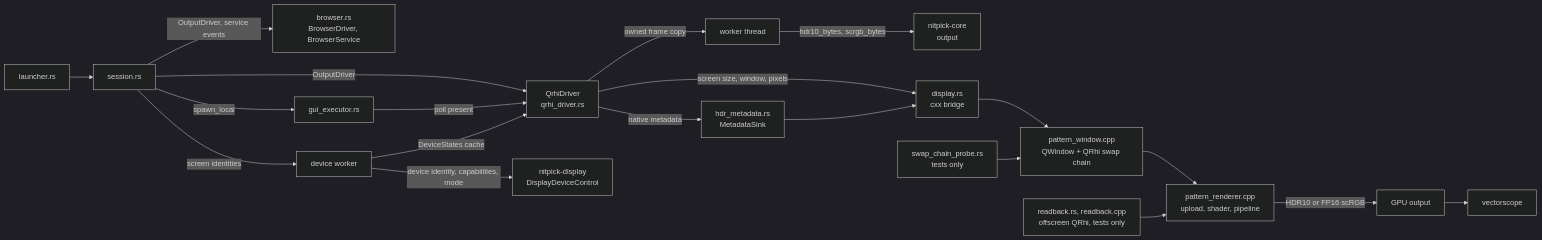
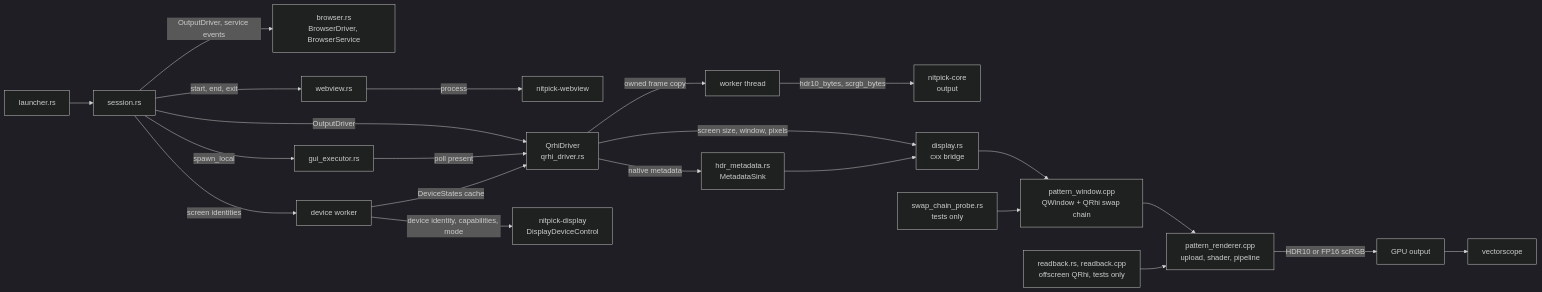
Before and after one commit to Jamesits/nitpick: the first of 3 diagrams in doc/design/output_driver/qt.md, drawn with Mermaid (dark theme). The commit also changed other lines of this file and 19 other files, not shown here.

````diff
--- a/doc/design/output_driver/qt.md
+++ b/doc/design/output_driver/qt.md
@@ -7,19 +7,20 @@
 ```mermaid
 graph LR
     L[launcher.rs] --> S[session.rs]
     S -->|OutputDriver, service events| BR[browser.rs<br/>BrowserDriver, BrowserService]
+    S -->|start, end, exit| WV[webview.rs] -->|process| NW[nitpick-webview]
     S -->|OutputDriver| Q[QrhiDriver<br/>qrhi_driver.rs]
     S -->|spawn_local| E[gui_executor.rs] -->|poll present| Q
     S -->|screen identities| R[device worker] -->|DeviceStates cache| Q
     Q -->|owned frame copy| J[worker thread]
     J -->|hdr10_bytes, scrgb_bytes| O
     O[nitpick-core<br/>output]
     Q -->|screen size, window, pixels| D[display.rs<br/>cxx bridge]
     Q -->|native metadata| M[hdr_metadata.rs<br/>MetadataSink] --> D
     R -->|device identity, capabilities, mode| N[nitpick-display<br/>DisplayDeviceControl]
     D --> W[pattern_window.cpp<br/>QWindow + QRhi swap chain]
     W --> PR[pattern_renderer.cpp<br/>upload, shader, pipeline]
     PR -->|HDR10 or FP16 scRGB| GPU[GPU output] --> Scope[vectorscope]
     RB[readback.rs, readback.cpp<br/>offscreen QRhi, tests only] --> PR
     P[swap_chain_probe.rs<br/>tests only] --> W
 ```
````
